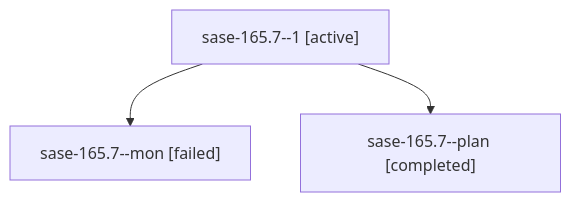
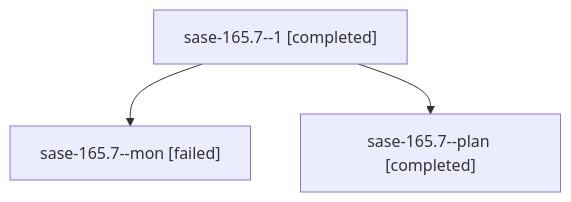
The diagram in families/bbugyi200.athena.sase-165.7.md (sase-org/sase--agents), drawn with Mermaid before and after one commit. The commit also changed other lines of this file and 2477 other files, not shown here.

````diff
--- a/families/bbugyi200.athena.sase-165.7.md
+++ b/families/bbugyi200.athena.sase-165.7.md
@@ -9,8 +9,8 @@
 ```mermaid
 flowchart TD
-  n0["sase-165.7--1 [active]"]
+  n0["sase-165.7--1 [completed]"]
   n1["sase-165.7--mon [failed]"]
   n0 --> n1
   n2["sase-165.7--plan [completed]"]
   n0 --> n2
 ```
````
